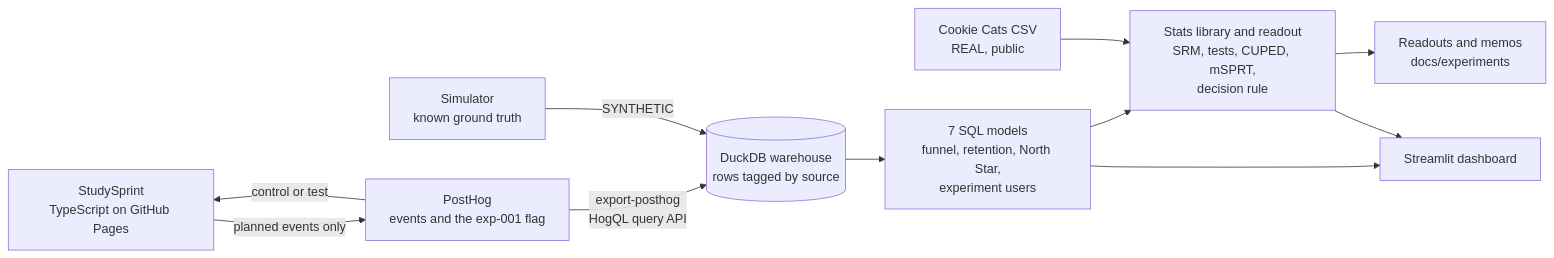
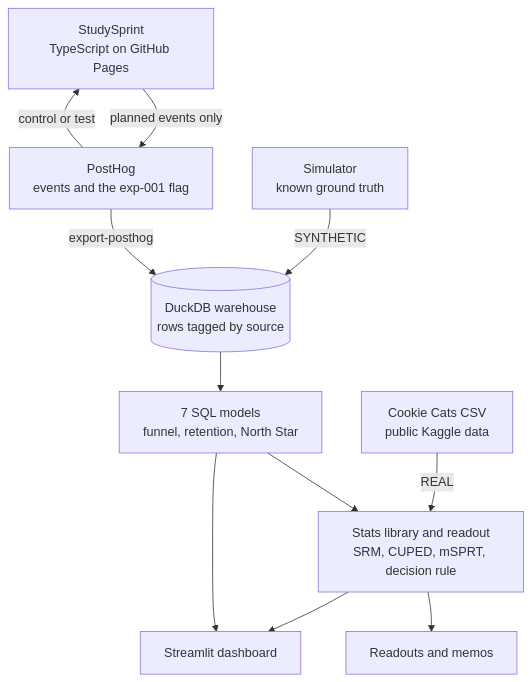
One commit to singha105/liftlab changed the diagram in README.md. Above: the diagram before and after it, drawn with Mermaid. The commit also changed other lines of this file, not shown here.

Commit message:
docs: draw the README architecture top-down so it fits on GitHub

````diff
--- a/README.md
+++ b/README.md
@@ -169,13 +169,23 @@
 ```mermaid
-flowchart LR
-    APP["StudySprint<br/>TypeScript on GitHub Pages"] -- "planned events only" --> PH["PostHog<br/>events and the exp-001 flag"]
+flowchart TD
+    APP["StudySprint<br/>TypeScript on GitHub Pages"]
+    PH["PostHog<br/>events and the exp-001 flag"]
+    SIM["Simulator<br/>known ground truth"]
+    WH[("DuckDB warehouse<br/>rows tagged by source")]
+    SQL["7 SQL models<br/>funnel, retention, North Star"]
+    KAG["Cookie Cats CSV<br/>public Kaggle data"]
+    RO["Stats library and readout<br/>SRM, CUPED, mSPRT, decision rule"]
+    MEMO["Readouts and memos"]
+    DASH["Streamlit dashboard"]
+
+    APP -- "planned events only" --> PH
     PH -- "control or test" --> APP
-    PH -- "export-posthog<br/>HogQL query API" --> WH
-    SIM["Simulator<br/>known ground truth"] -- "SYNTHETIC" --> WH
-    WH[("DuckDB warehouse<br/>rows tagged by source")] --> SQL["7 SQL models<br/>funnel, retention, North Star,<br/>experiment users"]
-    SQL --> RO["Stats library and readout<br/>SRM, tests, CUPED, mSPRT,<br/>decision rule"]
-    KAG["Cookie Cats CSV<br/>REAL, public"] --> RO
-    RO --> MEMO["Readouts and memos<br/>docs/experiments"]
-    SQL --> DASH["Streamlit dashboard"]
+    PH -- "export-posthog" --> WH
+    SIM -- "SYNTHETIC" --> WH
+    WH --> SQL
+    SQL --> RO
+    KAG -- "REAL" --> RO
+    RO --> MEMO
     RO --> DASH
+    SQL --> DASH
 ```
````
